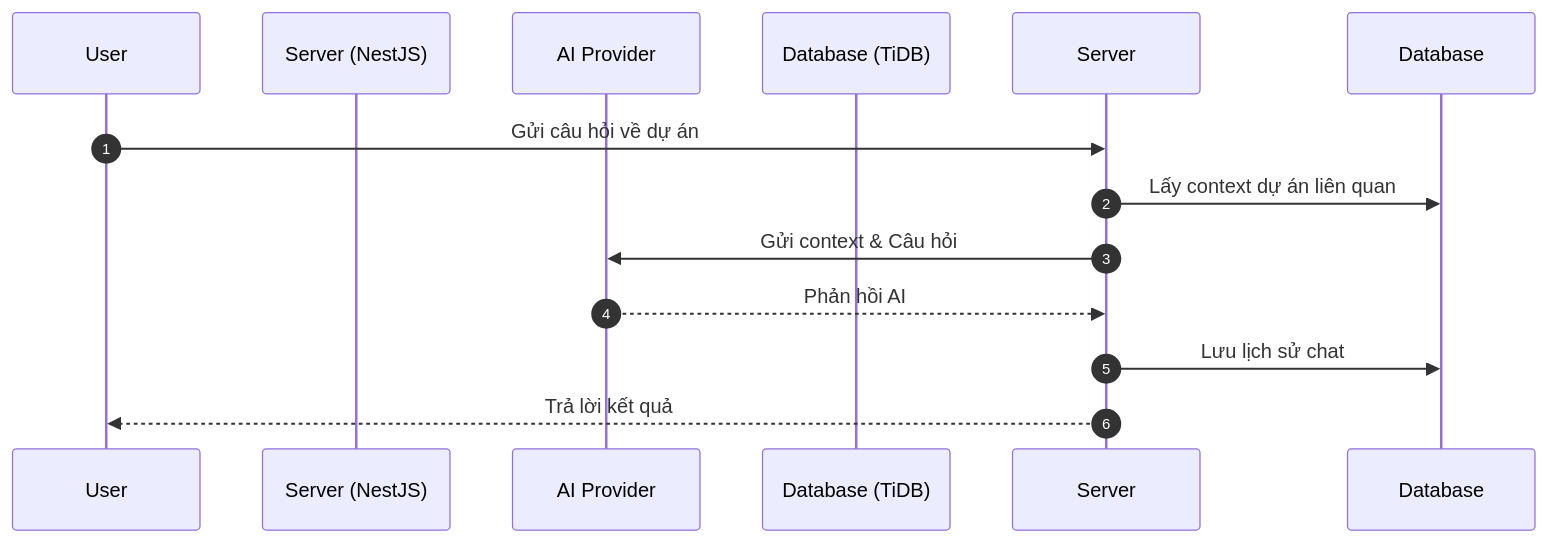
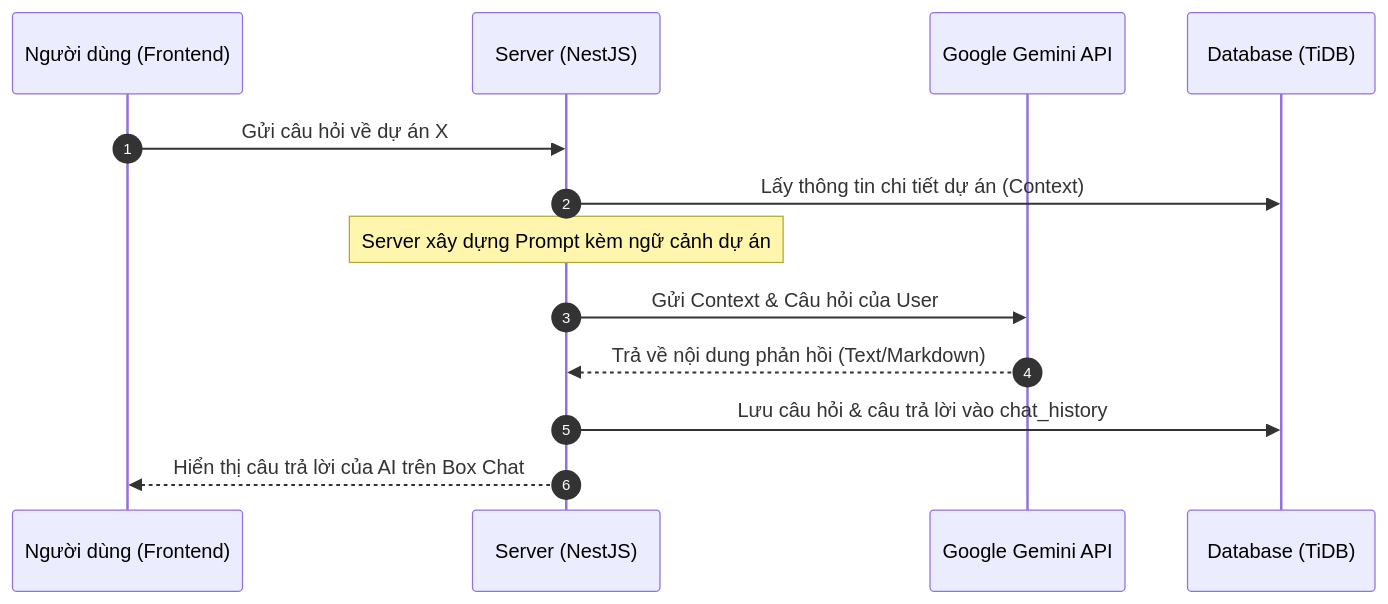
Diagram 12 of 25 in doc.md (Loisori/SCI-ITF-Canhan42_TrinhSuTruongThi), drawn with Mermaid before and after one commit. The commit also changed other lines of this file and 1 other file, not shown here.

````diff
--- a/doc.md
+++ b/doc.md
@@ -1253,15 +1314,16 @@
 ```mermaid
 sequenceDiagram
     autonumber
-    participant U as User
+    participant U as Người dùng (Frontend)
     participant S as Server (NestJS)
-    participant AI as AI Provider
+    participant AI as Google Gemini API
     participant D as Database (TiDB)
 
-    U->>Server: Gửi câu hỏi về dự án
-    Server->>Database: Lấy context dự án liên quan
-    Server->>AI: Gửi context & Câu hỏi
-    AI-->>Server: Phản hồi AI
-    Server->>Database: Lưu lịch sử chat
-    Server-->>U: Trả lời kết quả
+    U->>S: Gửi câu hỏi về dự án X
+    S->>D: Lấy thông tin chi tiết dự án (Context)
+    Note over S: Server xây dựng Prompt kèm ngữ cảnh dự án
+    S->>AI: Gửi Context & Câu hỏi của User
+    AI-->>S: Trả về nội dung phản hồi (Text/Markdown)
+    S->>D: Lưu câu hỏi & câu trả lời vào chat_history
+    S-->>U: Hiển thị câu trả lời của AI trên Box Chat
 ```
````
